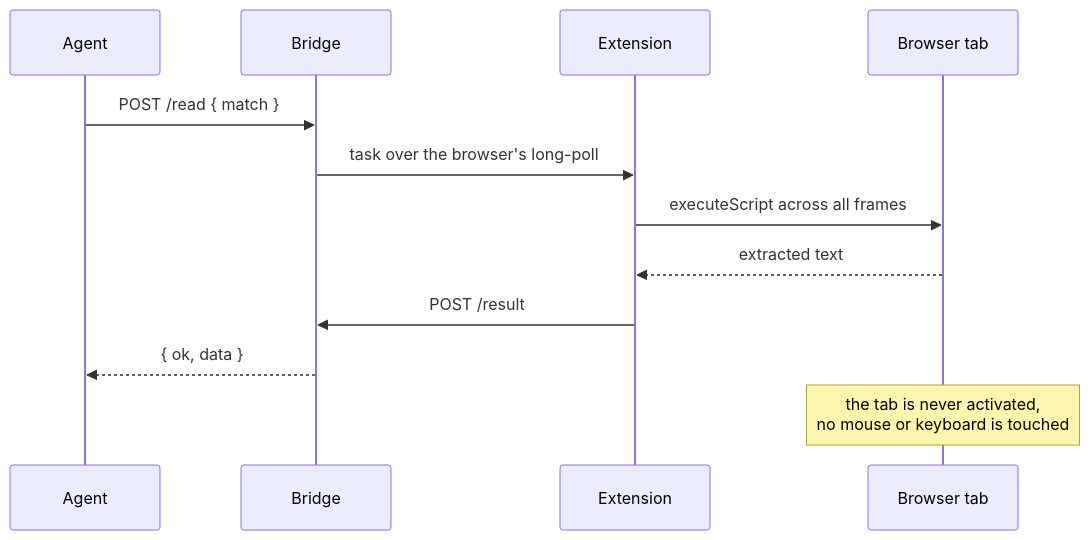
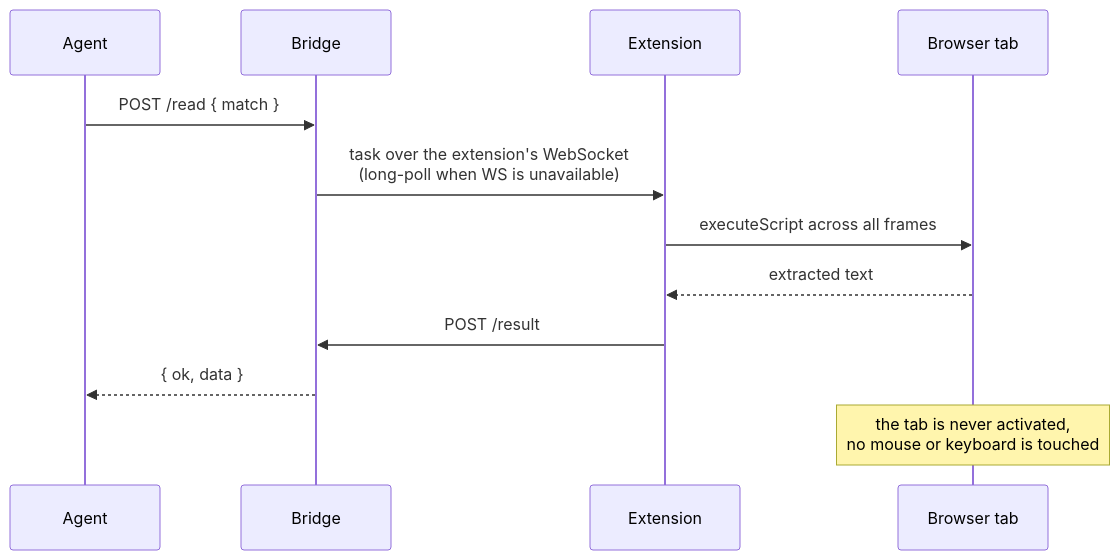
Before and after one commit to hhhwdt/agent-browser-bridge: the second of 3 diagrams in README.md, drawn with Mermaid. The commit also changed other lines of this file and 9 other files, not shown here.

First line of the commit message:
Task delivery over WebSocket push, long poll kept as fallback

````diff
--- a/README.md
+++ b/README.md
@@ -83,14 +83,14 @@
 ```mermaid
 sequenceDiagram
     participant A as Agent
     participant S as Bridge
     participant X as Extension
     participant B as Browser tab
     A->>S: POST /read { match }
-    S->>X: task over the browser's long-poll
+    S->>X: task over the extension's WebSocket<br/>(long-poll when WS is unavailable)
     X->>B: executeScript across all frames
     B-->>X: extracted text
     X->>S: POST /result
     S-->>A: { ok, data }
     Note over B: the tab is never activated,<br/>no mouse or keyboard is touched
 ```
````
